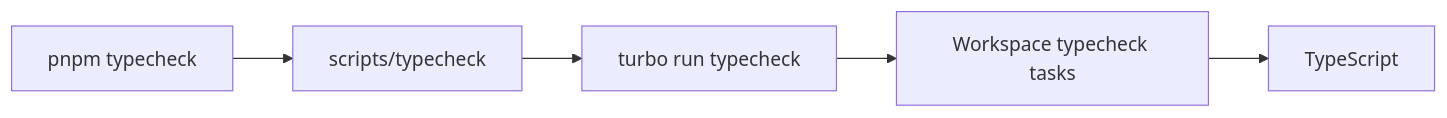
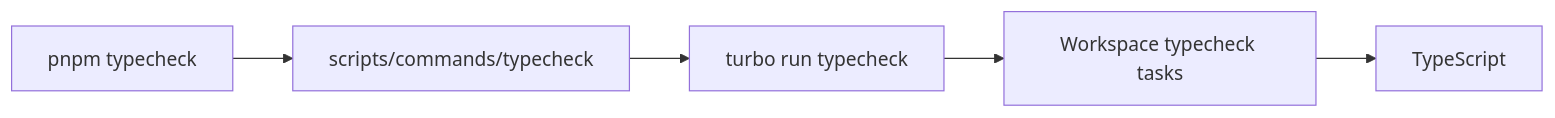
Before and after one commit to EQ-LABS-TECH/ee-monorepo: the tenth of 16 diagrams in docs/developer/EE-IMP-006-P07_Root_Script_Suite_Automation.md, drawn with Mermaid. The commit also changed other lines of this file and 14 other files, not shown here.

````diff
--- a/docs/developer/EE-IMP-006-P07_Root_Script_Suite_Automation.md
+++ b/docs/developer/EE-IMP-006-P07_Root_Script_Suite_Automation.md
@@ -463,7 +454,7 @@
 ```mermaid
 flowchart LR
-    A["pnpm typecheck"] --> B["scripts/typecheck"]
-    B --> C["turbo run typecheck"]
-    C --> D["Workspace typecheck tasks"]
-    D --> E["TypeScript"]
+ A["pnpm typecheck"] --> B["scripts/commands/typecheck"]
+ B --> C["turbo run typecheck"]
+ C --> D["Workspace typecheck tasks"]
+ D --> E["TypeScript"]
 ```
````
